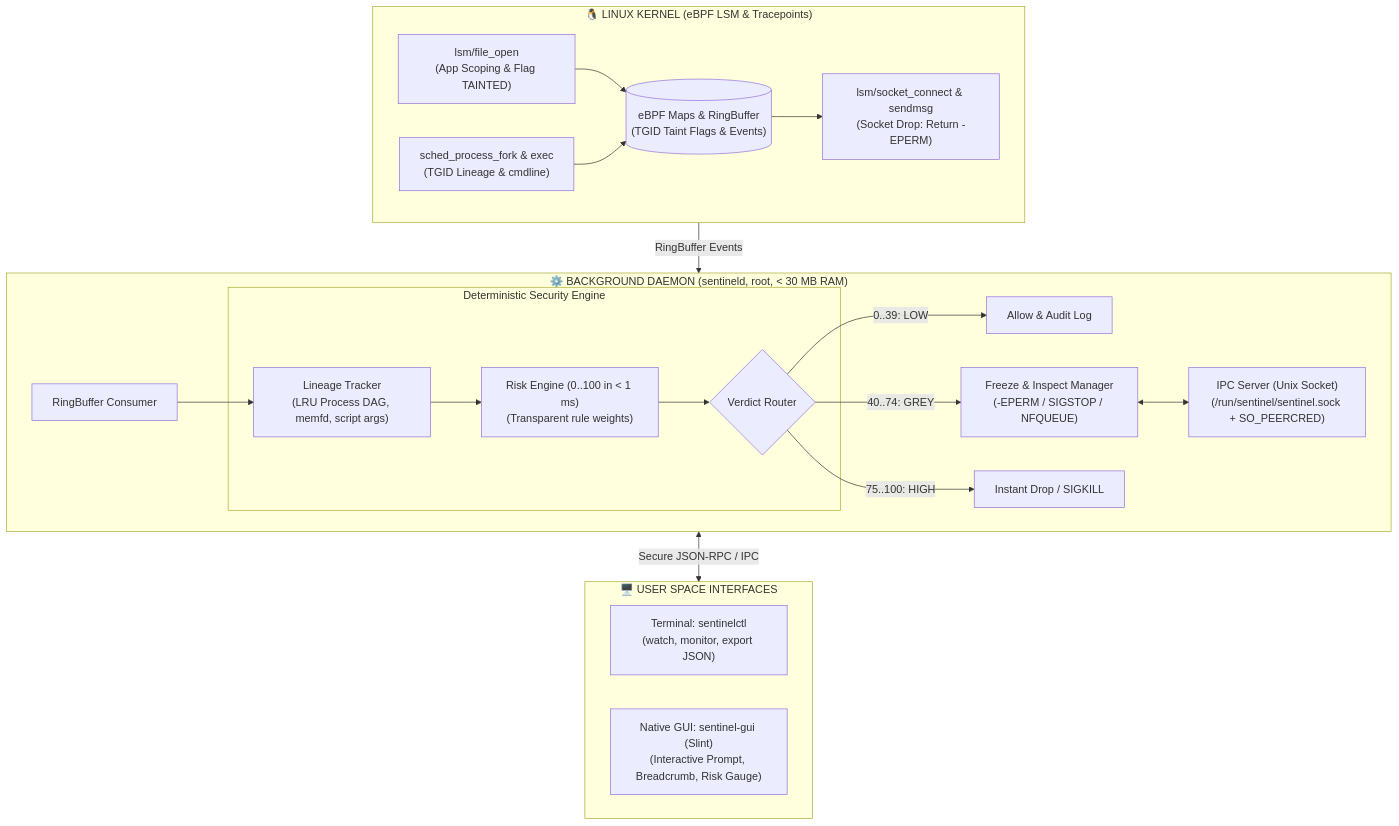
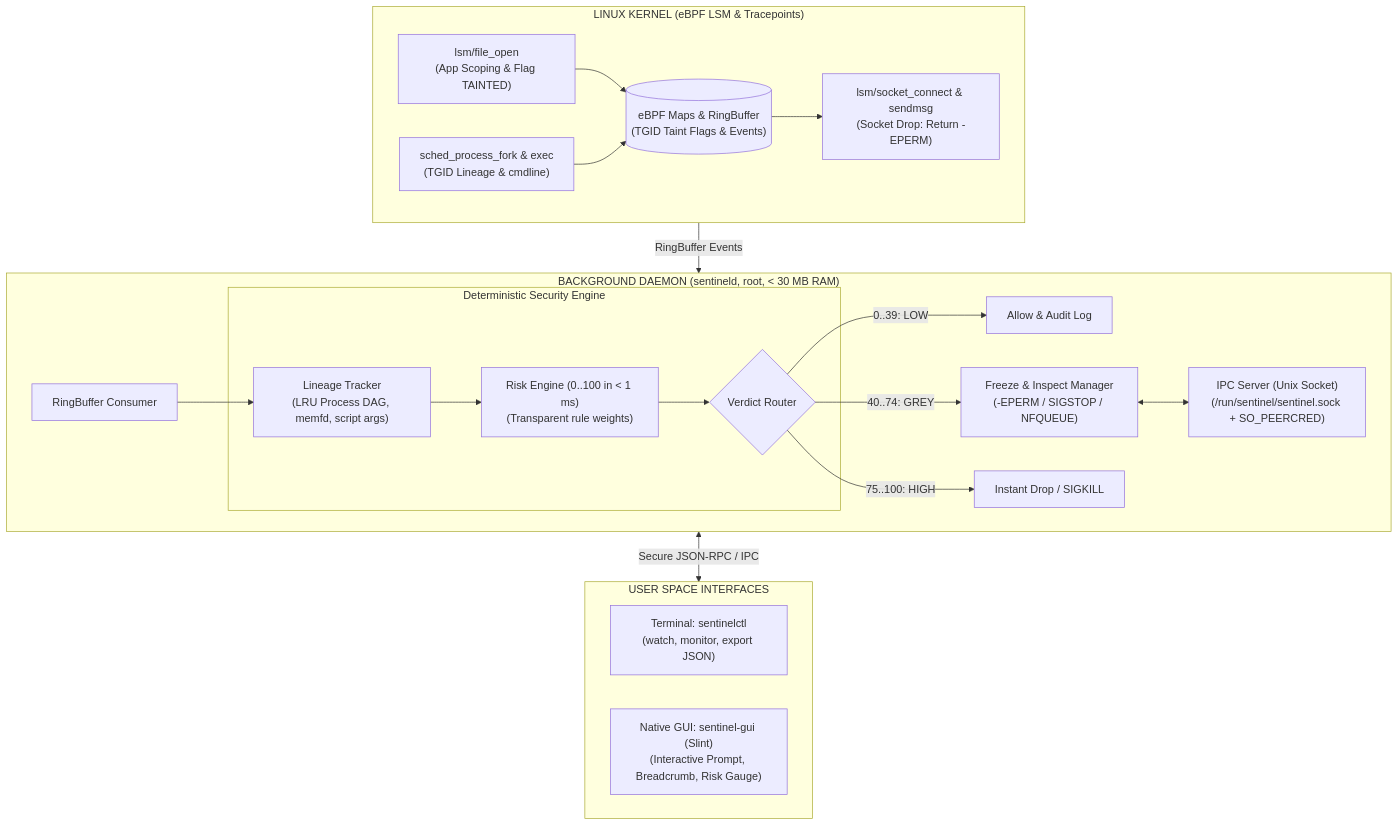
The diagram in README.en.md (woifik560/sentinel-rs), drawn with Mermaid before and after one commit. The commit also changed other lines of this file and 1 other file, not shown here.

````diff
--- a/README.en.md
+++ b/README.en.md
@@ -60,43 +59,43 @@
 ```mermaid
 flowchart TD
-    subgraph Kernel["🐧 LINUX KERNEL (eBPF LSM & Tracepoints)"]
+    subgraph Kernel["LINUX KERNEL (eBPF LSM & Tracepoints)"]
         LSM_FILE["lsm/file_open<br/>(App Scoping & Flag TAINTED)"]
         SCHED_FORK["sched_process_fork & exec<br/>(TGID Lineage & cmdline)"]
         LSM_NET["lsm/socket_connect & sendmsg<br/>(Socket Drop: Return -EPERM)"]
         MAPS[("eBPF Maps & RingBuffer<br/>(TGID Taint Flags & Events)")]
         
         LSM_FILE --> MAPS
         SCHED_FORK --> MAPS
         MAPS --> LSM_NET
     end
 
-    subgraph Daemon["⚙️ BACKGROUND DAEMON (sentineld, root, < 30 MB RAM)"]
+    subgraph Daemon["BACKGROUND DAEMON (sentineld, root, < 30 MB RAM)"]
         RING_BUF["RingBuffer Consumer"]
         
         subgraph Engine["Deterministic Security Engine"]
             LINEAGE["Lineage Tracker<br/>(LRU Process DAG, memfd, script args)"]
             RISK["Risk Engine (0..100 in < 1 ms)<br/>(Transparent rule weights)"]
             ROUTER{"Verdict Router"}
         end
 
         IPC_SOCK["IPC Server (Unix Socket)<br/>(/run/sentinel/sentinel.sock + SO_PEERCRED)"]
 
         RING_BUF --> LINEAGE
         LINEAGE --> RISK
         RISK --> ROUTER
         
         ROUTER -->|0..39: LOW| ALLOW["Allow & Audit Log"]
         ROUTER -->|40..74: GREY| PROMPT_MGR["Freeze & Inspect Manager<br/>(-EPERM / SIGSTOP / NFQUEUE)"]
         ROUTER -->|75..100: HIGH| BLOCK["Instant Drop / SIGKILL"]
 
         PROMPT_MGR <--> IPC_SOCK
     end
 
-    subgraph Clients["🖥️ USER SPACE INTERFACES"]
+    subgraph Clients["USER SPACE INTERFACES"]
         CLI["Terminal: sentinelctl<br/>(watch, monitor, export JSON)"]
         GUI["Native GUI: sentinel-gui (Slint)<br/>(Interactive Prompt, Breadcrumb, Risk Gauge)"]
     end
 
     Kernel -->|RingBuffer Events| Daemon
     Daemon <-->|Secure JSON-RPC / IPC| Clients
 ```
````
